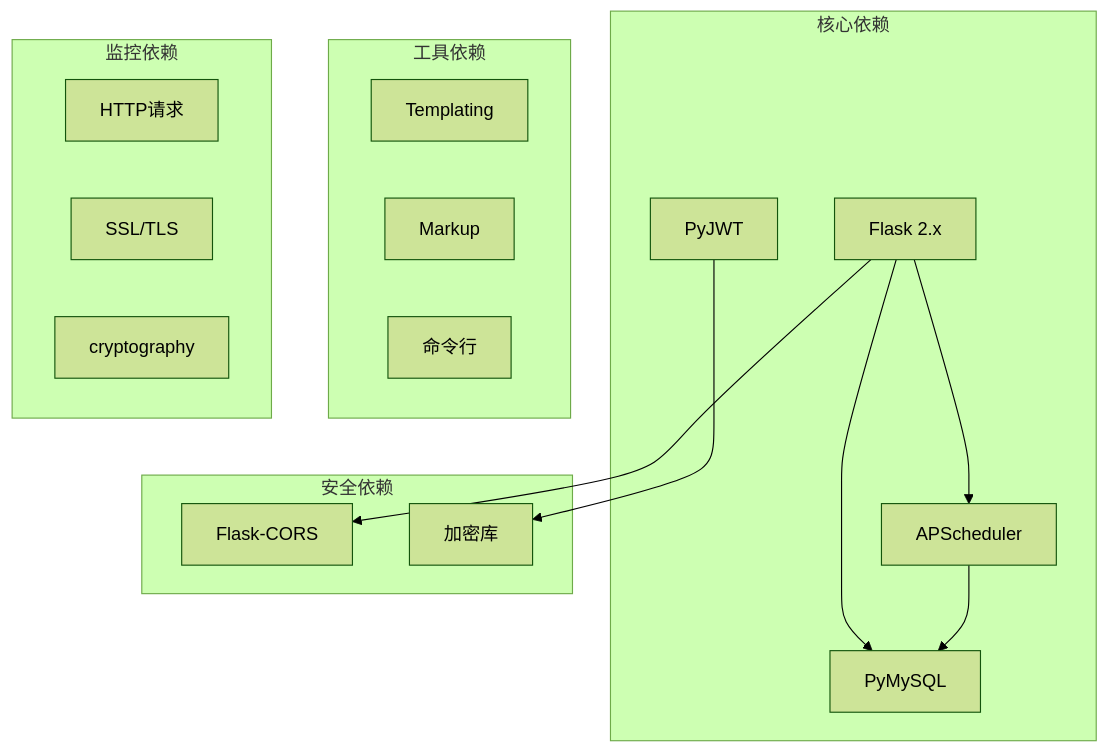
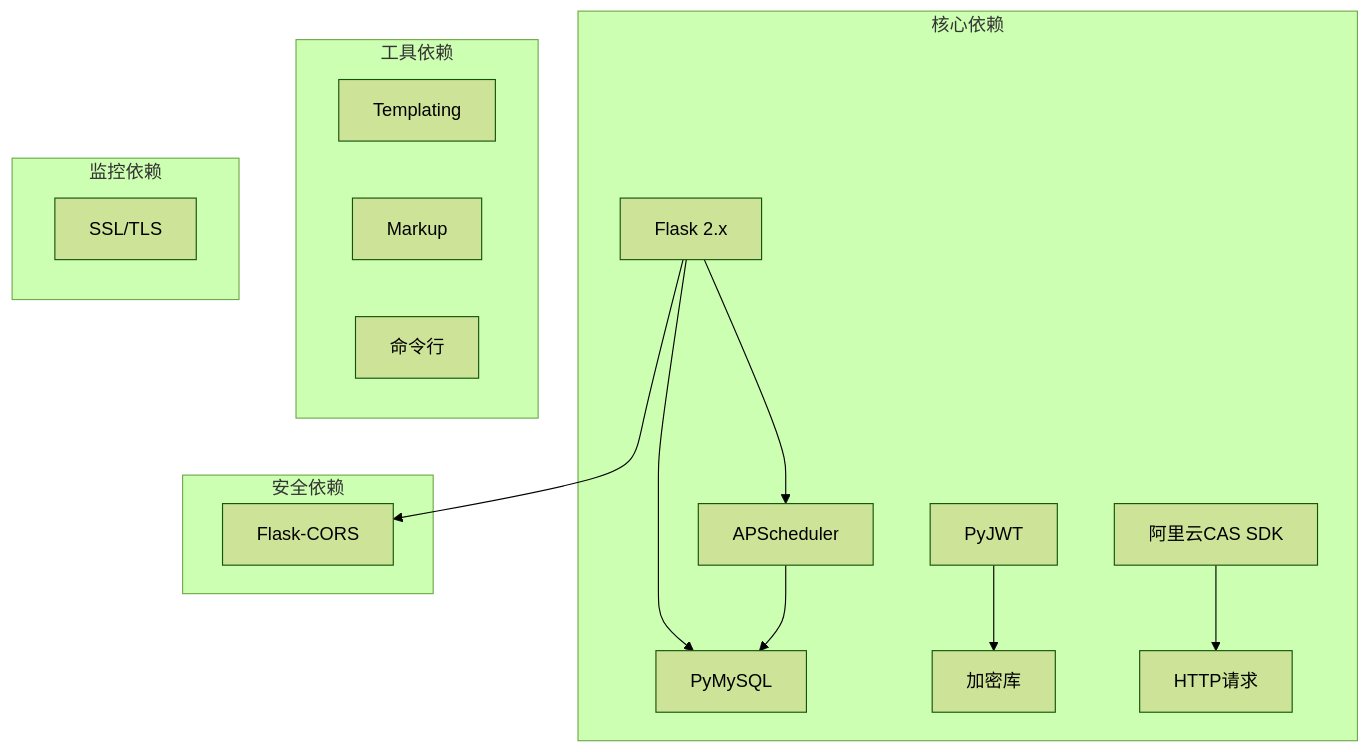
One commit to ismine3/OPS changed diagram 13 of 15 in .qoder/repowiki/zh/content/核心功能模块/阿里云集成系统.md. Above: the diagram before and after it, drawn with Mermaid (forest theme). The commit also changed other lines of this file and 13 other files, not shown here.

````diff
--- a/.qoder/repowiki/zh/content/核心功能模块/阿里云集成系统.md
+++ b/.qoder/repowiki/zh/content/核心功能模块/阿里云集成系统.md
@@ -459,28 +540,30 @@
 ```mermaid
 graph TB
 subgraph "核心依赖"
 Flask[Flask 2.x]
 PyMySQL[PyMySQL]
 APScheduler[APScheduler]
 PyJWT[PyJWT]
+AlibabaCloudCAS[阿里云CAS SDK]
+Cryptography[cryptography]
+Requests[HTTP请求]
 end
 subgraph "安全依赖"
 FlaskCORS[Flask-CORS]
 Cryptography[加密库]
 end
 subgraph "工具依赖"
 Jinja2[Templating]
 MarkupSafe[Markup]
 Click[命令行]
 end
 subgraph "监控依赖"
-Requests[HTTP请求]
 OpenSSL[SSL/TLS]
-Cryptography2[cryptography]
 end
 Flask --> PyMySQL
 Flask --> APScheduler
 Flask --> FlaskCORS
 APScheduler --> PyMySQL
 PyJWT --> Cryptography
+AlibabaCloudCAS --> Requests
 ```
````
